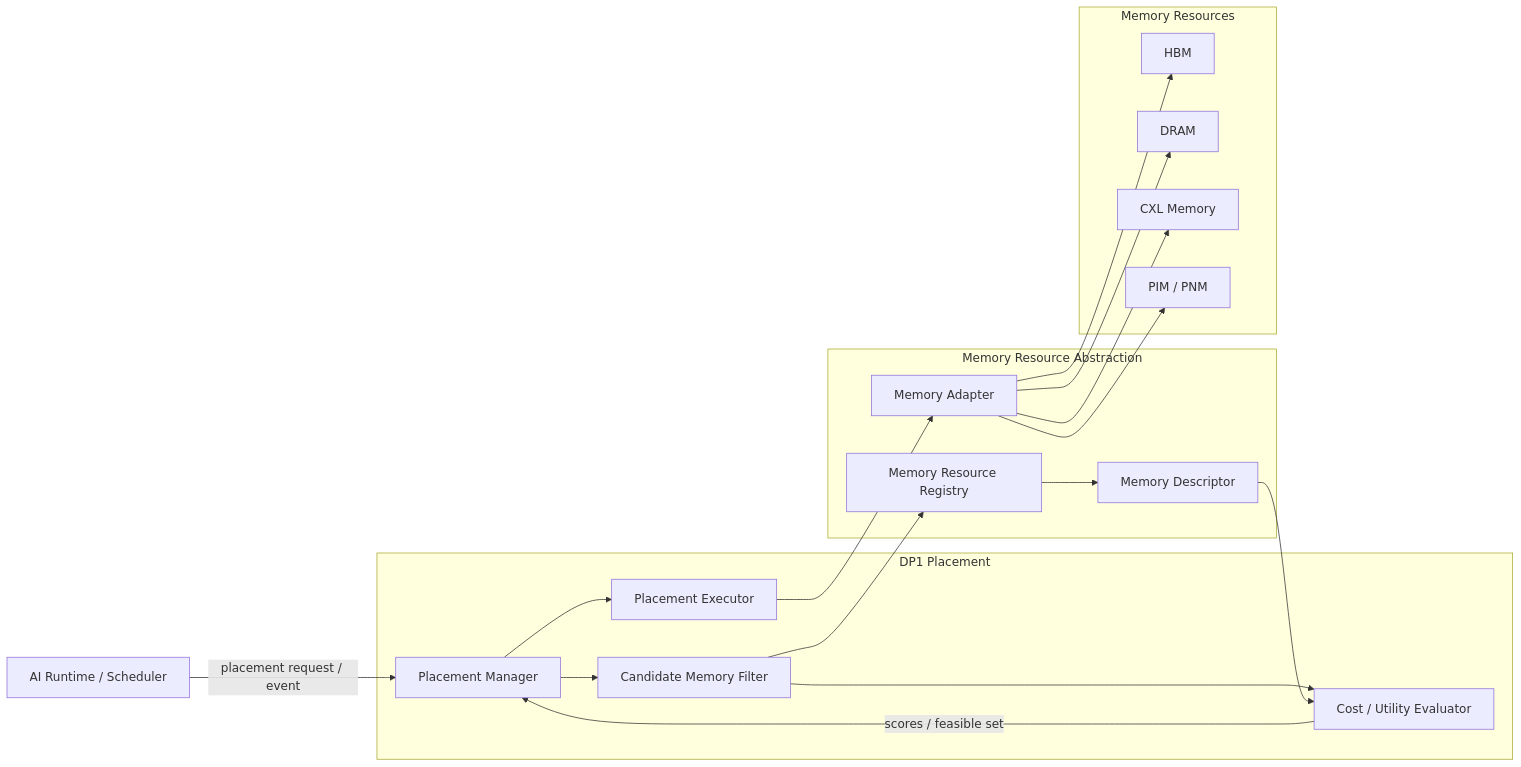
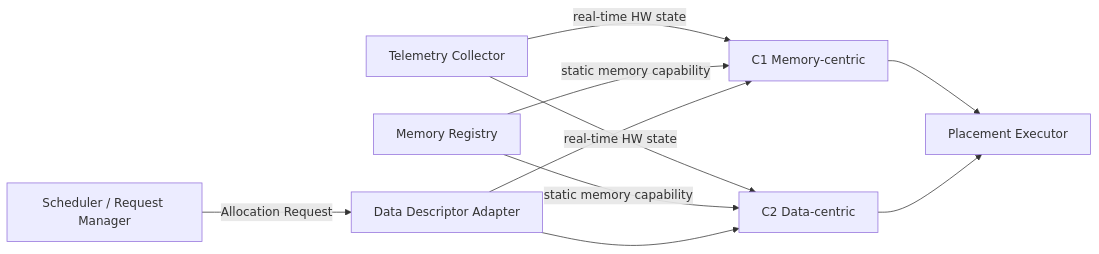
Before and after one commit to mkim0628/vllm: the first of 11 diagrams in doc-architect/dp1-data-placement-uml-rendered.md, drawn with Mermaid. The commit also changed other lines of this file, not shown here.

Commit message:
Update DP1 UML for Resource State Monitor and data-centric classifier/runtime monitor flow

````diff
--- a/doc-architect/dp1-data-placement-uml-rendered.md
+++ b/doc-architect/dp1-data-placement-uml-rendered.md
@@ -22,38 +35,18 @@
 ```mermaid
 flowchart LR
-    RT[AI Runtime / Scheduler]
+    SCH[Scheduler / Request Manager]
+    DDA[Data Descriptor Adapter]
+    TC[Telemetry Collector]
+    MR[Memory Registry]
+    EX[Placement Executor]
 
-    subgraph DP1[DP1 Placement]
-        PM[Placement Manager]
-        CF[Candidate Memory Filter]
-        CE[Cost / Utility Evaluator]
-        EX[Placement Executor]
-    end
-
-    subgraph MA[Memory Resource Abstraction]
-        RR[Memory Resource Registry]
-        MD[Memory Descriptor]
-        AD[Memory Adapter]
-    end
-
-    subgraph MEM[Memory Resources]
-        HBM[HBM]
-        DRAM[DRAM]
-        CXL[CXL Memory]
-        PIM[PIM / PNM]
-    end
-
-    RT -->|placement request / event| PM
-    PM --> CF
-    CF --> RR
-    RR --> MD
-    CF --> CE
-    MD --> CE
-    CE -->|scores / feasible set| PM
-    PM --> EX
-    EX --> AD
-    AD --> HBM
-    AD --> DRAM
-    AD --> CXL
-    AD --> PIM
+    SCH -->|Allocation Request| DDA
+    TC -->|real-time HW state| C1[C1 Memory-centric]
+    TC -->|real-time HW state| C2[C2 Data-centric]
+    MR -->|static memory capability| C1
+    MR -->|static memory capability| C2
+    DDA --> C1
+    DDA --> C2
+    C1 --> EX
+    C2 --> EX
 ```
````
